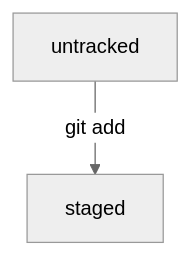
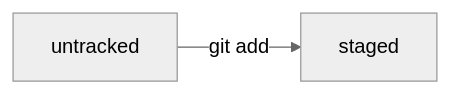
The diagram in README.md (Suren73/second-project), drawn with Mermaid (neutral theme) before and after one commit.

Commit message:
Добавить mermaid-схему

````diff
--- a/README.md
+++ b/README.md
@@ -222,4 +222,4 @@
 ```mermaid
-graph TD;
+graph LR;
 A[untracked] -- "git add" --> B[staged]
 ```
````
